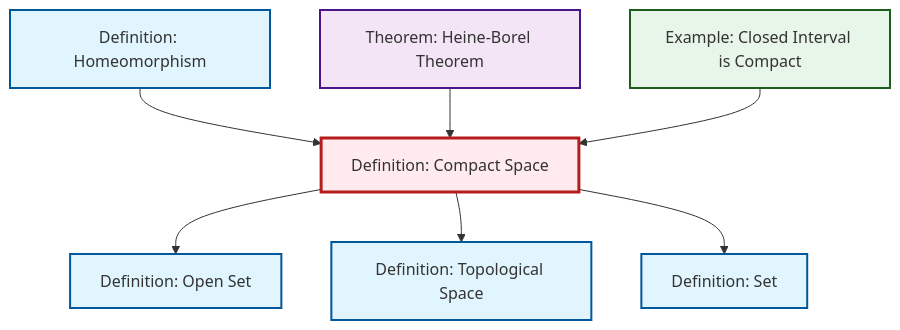
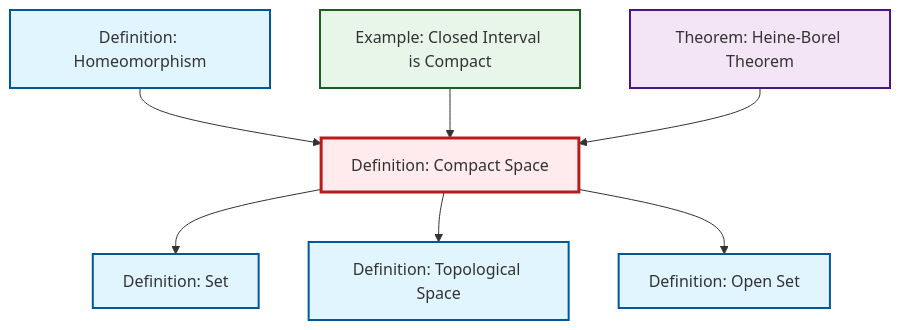
The diagram in content/en/topology/def-compact.qmd (RK0429/ModernMath), drawn with Mermaid before and after one commit. The commit also changed other lines of this file and 491 other files, not shown here.

````diff
--- a/content/en/topology/def-compact.qmd
+++ b/content/en/topology/def-compact.qmd
@@ -48,29 +48,29 @@
 ```{mermaid}
 %%| fig-cap: "Local dependency graph"
 graph TD
     classDef definition fill:#e1f5fe,stroke:#01579b,stroke-width:2px
     classDef theorem fill:#f3e5f5,stroke:#4a148c,stroke-width:2px
     classDef axiom fill:#fff3e0,stroke:#e65100,stroke-width:2px
     classDef example fill:#e8f5e9,stroke:#1b5e20,stroke-width:2px
     classDef current fill:#ffebee,stroke:#b71c1c,stroke-width:3px
-    def-set["Definition: Set"]:::definition
-    ex-closed-interval-compact["Example: Closed Interval is Compact"]:::example
+    def-topological-space["Definition: Topological Space"]:::definition
     def-open-set["Definition: Open Set"]:::definition
     def-compact["Definition: Compact Space"]:::definition
+    ex-closed-interval-compact["Example: Closed Interval is Compact"]:::example
     thm-heine-borel["Theorem: Heine-Borel Theorem"]:::theorem
     def-homeomorphism["Definition: Homeomorphism"]:::definition
-    def-topological-space["Definition: Topological Space"]:::definition
+    def-set["Definition: Set"]:::definition
+    def-compact --> def-set
     def-homeomorphism --> def-compact
+    def-compact --> def-topological-space
+    ex-closed-interval-compact --> def-compact
+    def-compact --> def-open-set
     thm-heine-borel --> def-compact
-    def-compact --> def-open-set
-    ex-closed-interval-compact --> def-compact
-    def-compact --> def-topological-space
-    def-compact --> def-set
     class def-compact current
-    click def-set "def-set.html" "Go to Set definition"
+    click def-topological-space "def-topological-space.html" "Go to Topological Space definition"
+    click def-open-set "def-open-set.html" "Go to Open Set definition"
     click ex-closed-interval-compact "ex-closed-interval-compact.html" "Go to Closed Interval is Compact example"
-    click def-open-set "def-open-set.html" "Go to Open Set definition"
     click thm-heine-borel "thm-heine-borel.html" "Go to Heine-Borel Theorem theorem"
     click def-homeomorphism "def-homeomorphism.html" "Go to Homeomorphism definition"
-    click def-topological-space "def-topological-space.html" "Go to Topological Space definition"
+    click def-set "def-set.html" "Go to Set definition"
 ```
````
